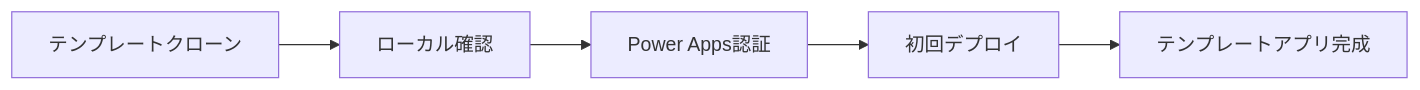
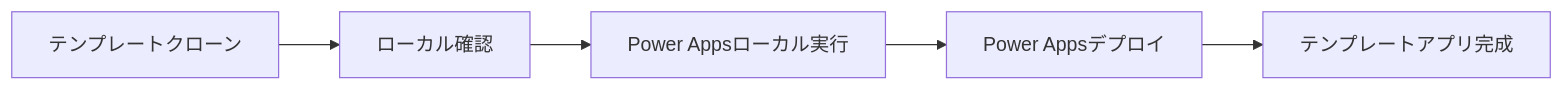
The third of 6 diagrams in README.md (PLUG365/DecisionFlow), drawn with Mermaid before and after one commit. The commit also changed other lines of this file and 1 other file, not shown here.

````diff
--- a/README.md
+++ b/README.md
@@ -154,7 +152,7 @@
 ```mermaid
 graph LR
     A[テンプレートクローン] --> B[ローカル確認]
-    B --> C[Power Apps認証]
-    C --> D[初回デプロイ]
+    B --> C[Power Appsローカル実行]
+    C --> D[Power Appsデプロイ]
     D --> E[テンプレートアプリ完成]
 ```
````
